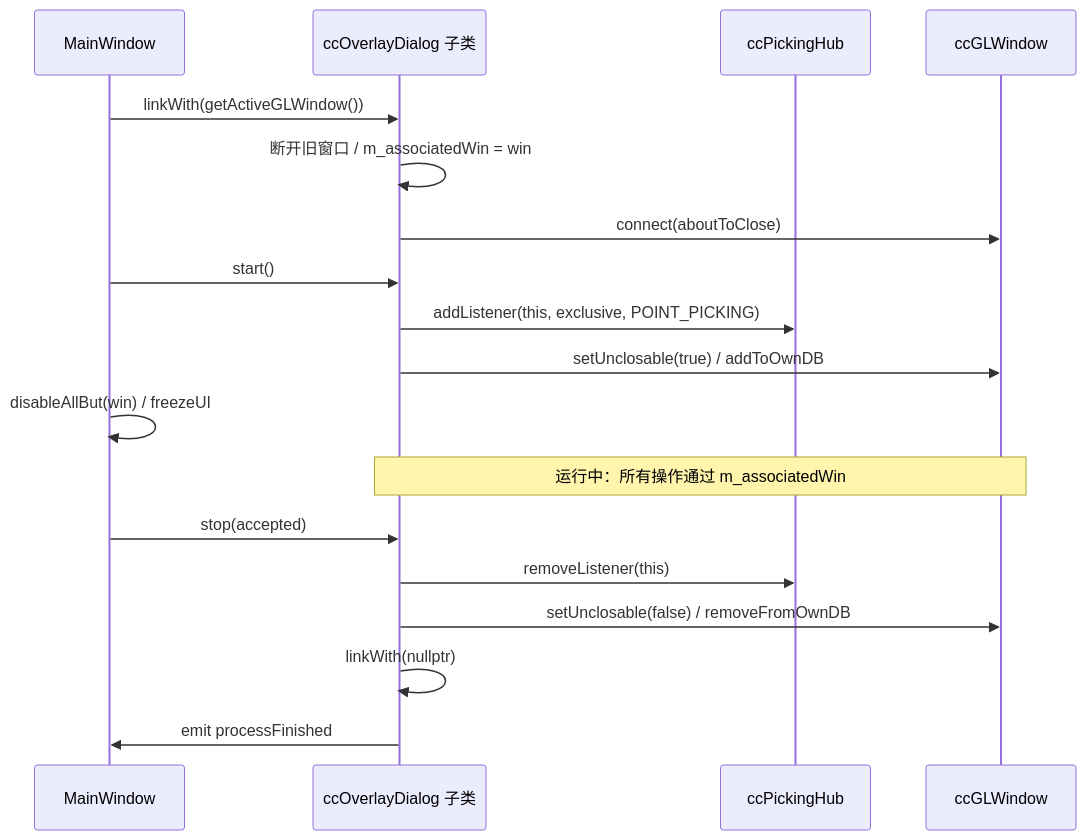
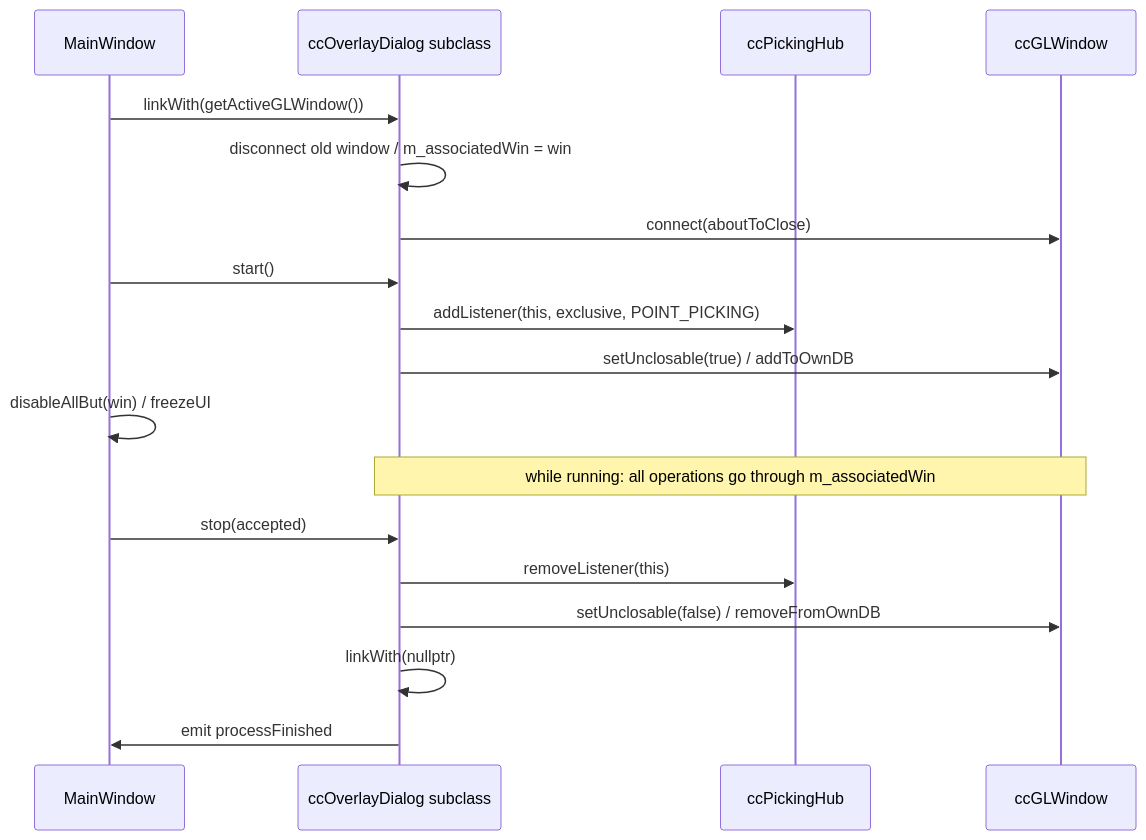
Before and after one commit to Asher-1/ACloudViewer: the third of 10 diagrams in docs/user-guide/multi-window-paradigms-CloudCompare-ParaView.md, drawn with Mermaid. The commit also changed other lines of this file and 74 other files, not shown here.

````diff
--- a/docs/user-guide/multi-window-paradigms-CloudCompare-ParaView.md
+++ b/docs/user-guide/multi-window-paradigms-CloudCompare-ParaView.md
@@ -304,23 +304,23 @@
 ```mermaid
 sequenceDiagram
   participant MW as MainWindow
-  participant Tool as ccOverlayDialog 子类
+  participant Tool as ccOverlayDialog subclass
   participant Hub as ccPickingHub
   participant Win as ccGLWindow
 
   MW->>Tool: linkWith(getActiveGLWindow())
-  Tool->>Tool: 断开旧窗口 / m_associatedWin = win
+  Tool->>Tool: disconnect old window / m_associatedWin = win
   Tool->>Win: connect(aboutToClose)
   MW->>Tool: start()
   Tool->>Hub: addListener(this, exclusive, POINT_PICKING)
   Tool->>Win: setUnclosable(true) / addToOwnDB
   MW->>MW: disableAllBut(win) / freezeUI
 
-  Note over Tool,Win: 运行中：所有操作通过 m_associatedWin
+  Note over Tool,Win: while running: all operations go through m_associatedWin
 
   MW->>Tool: stop(accepted)
   Tool->>Hub: removeListener(this)
   Tool->>Win: setUnclosable(false) / removeFromOwnDB
   Tool->>Tool: linkWith(nullptr)
   Tool->>MW: emit processFinished
 ```
````
